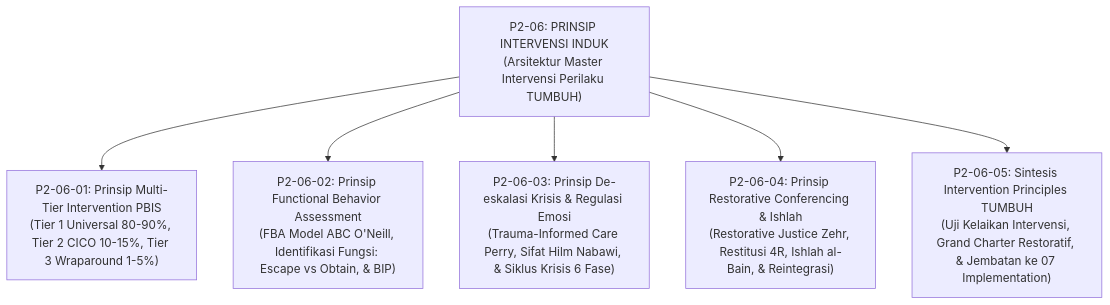
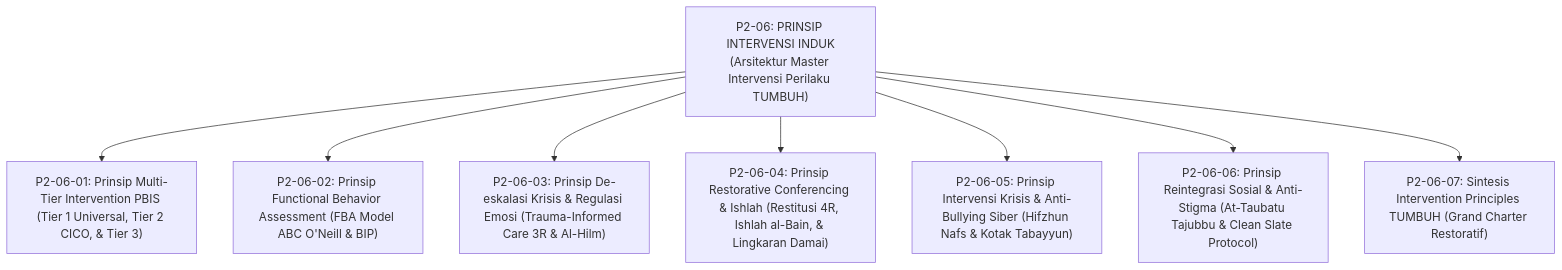
One commit to wandiapriliyandi/tumbuh changed the second of 3 diagrams in 02 Principles/06 Intervention Principles/P2-06-Prinsip-Intervensi-Perilaku-TUMBUH.md. Above: the diagram before and after it, drawn with Mermaid. The commit also changed other lines of this file and 32 other files, not shown here.

````diff
--- a/02 Principles/06 Intervention Principles/P2-06-Prinsip-Intervensi-Perilaku-TUMBUH.md
+++ b/02 Principles/06 Intervention Principles/P2-06-Prinsip-Intervensi-Perilaku-TUMBUH.md
@@ -66,10 +66,12 @@
 ```mermaid
 graph TD
     Master["P2-06: PRINSIP INTERVENSI INDUK<br/>(Arsitektur Master Intervensi Perilaku TUMBUH)"]
     
-    Master --> M1["P2-06-01: Prinsip Multi-Tier Intervention PBIS<br/>(Tier 1 Universal 80-90%, Tier 2 CICO 10-15%, Tier 3 Wraparound 1-5%)"]
-    Master --> M2["P2-06-02: Prinsip Functional Behavior Assessment<br/>(FBA Model ABC O'Neill, Identifikasi Fungsi: Escape vs Obtain, & BIP)"]
-    Master --> M3["P2-06-03: Prinsip De-eskalasi Krisis & Regulasi Emosi<br/>(Trauma-Informed Care Perry, Sifat Hilm Nabawi, & Siklus Krisis 6 Fase)"]
-    Master --> M4["P2-06-04: Prinsip Restorative Conferencing & Ishlah<br/>(Restorative Justice Zehr, Restitusi 4R, Ishlah al-Bain, & Reintegrasi)"]
-    Master --> M5["P2-06-05: Sintesis Intervention Principles TUMBUH<br/>(Uji Kelaikan Intervensi, Grand Charter Restoratif, & Jembatan ke 07 Implementation)"]
+    Master --> M1["P2-06-01: Prinsip Multi-Tier Intervention PBIS (Tier 1 Universal, Tier 2 CICO, & Tier 3)"]
+    Master --> M2["P2-06-02: Prinsip Functional Behavior Assessment (FBA Model ABC O'Neill & BIP)"]
+    Master --> M3["P2-06-03: Prinsip De-eskalasi Krisis & Regulasi Emosi (Trauma-Informed Care 3R & Al-Hilm)"]
+    Master --> M4["P2-06-04: Prinsip Restorative Conferencing & Ishlah (Restitusi 4R, Ishlah al-Bain, & Lingkaran Damai)"]
+    Master --> M5["P2-06-05: Prinsip Intervensi Krisis & Anti-Bullying Siber (Hifzhun Nafs & Kotak Tabayyun)"]
+    Master --> M6["P2-06-06: Prinsip Reintegrasi Sosial & Anti-Stigma (At-Taubatu Tajubbu & Clean Slate Protocol)"]
+    Master --> M7["P2-06-07: Sintesis Intervention Principles TUMBUH (Grand Charter Restoratif)"]
 ```
````
